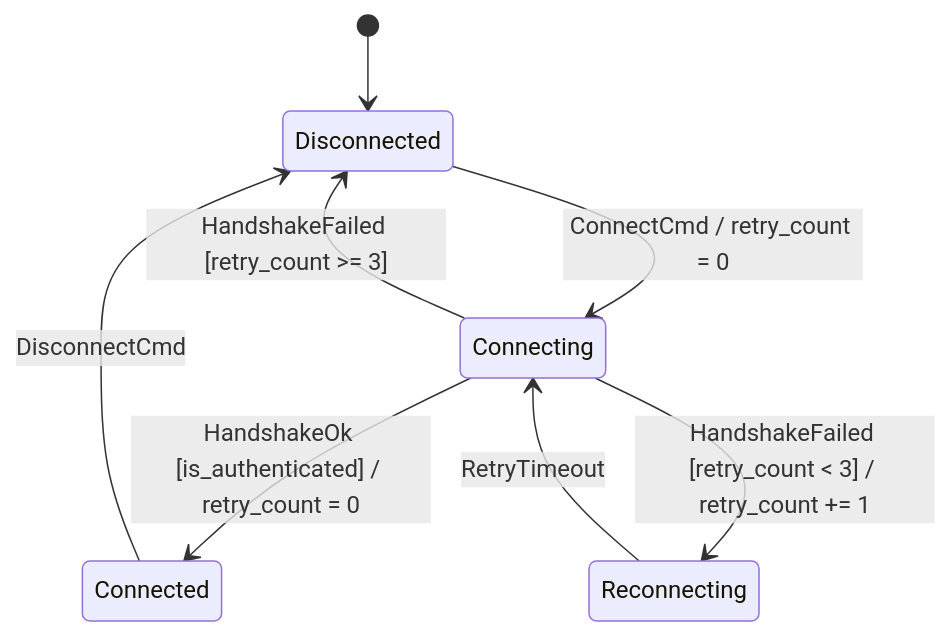
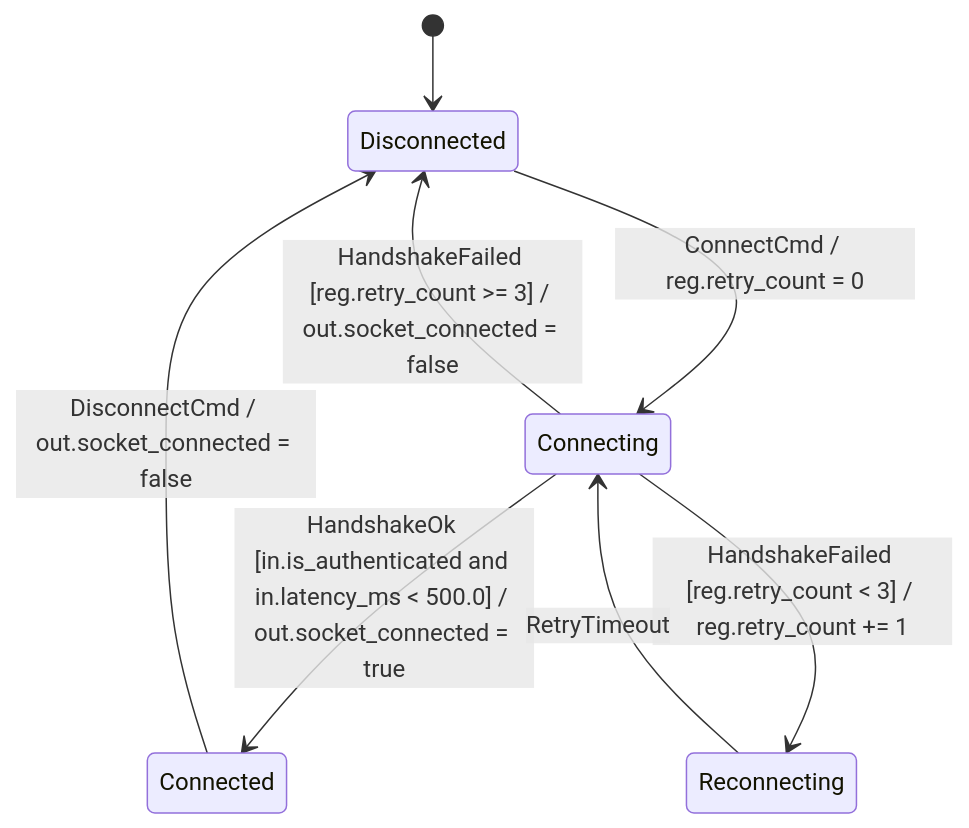
The diagram in docs/tutorials/02_guards_and_actions.md (simoneCavalleri/fsmc), drawn with Mermaid before and after one commit. The commit also changed other lines of this file and 39 other files, not shown here.

````diff
--- a/docs/tutorials/02_guards_and_actions.md
+++ b/docs/tutorials/02_guards_and_actions.md
@@ -21,10 +22,10 @@
 ```mermaid
 stateDiagram-v2
     [*] --> Disconnected
-    Disconnected --> Connecting: ConnectCmd / retry_count = 0
-    Connecting --> Connected: HandshakeOk [is_authenticated] / retry_count = 0
-    Connecting --> Reconnecting: HandshakeFailed [retry_count < 3] / retry_count += 1
-    Connecting --> Disconnected: HandshakeFailed [retry_count >= 3]
+    Disconnected --> Connecting: ConnectCmd / reg.retry_count = 0
+    Connecting --> Connected: HandshakeOk [in.is_authenticated and in.latency_ms < 500.0] / out.socket_connected = true
+    Connecting --> Reconnecting: HandshakeFailed [reg.retry_count < 3] / reg.retry_count += 1
+    Connecting --> Disconnected: HandshakeFailed [reg.retry_count >= 3] / out.socket_connected = false
     Reconnecting --> Connecting: RetryTimeout
-    Connected --> Disconnected: DisconnectCmd
+    Connected --> Disconnected: DisconnectCmd / out.socket_connected = false
 ```
````
